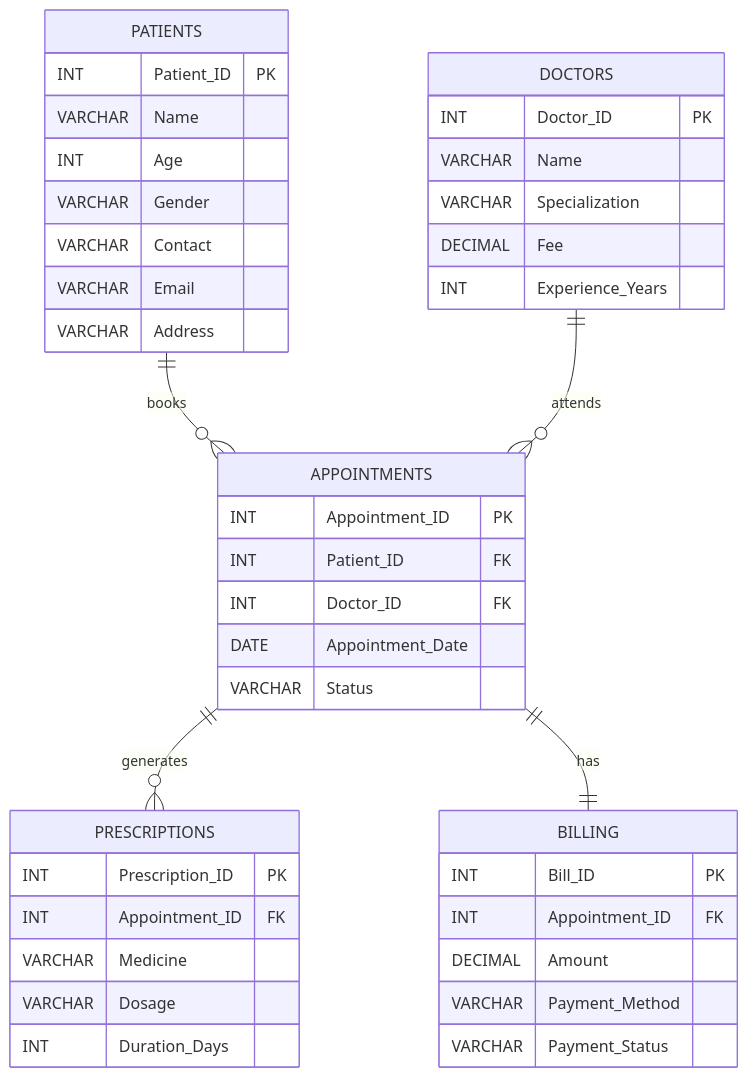
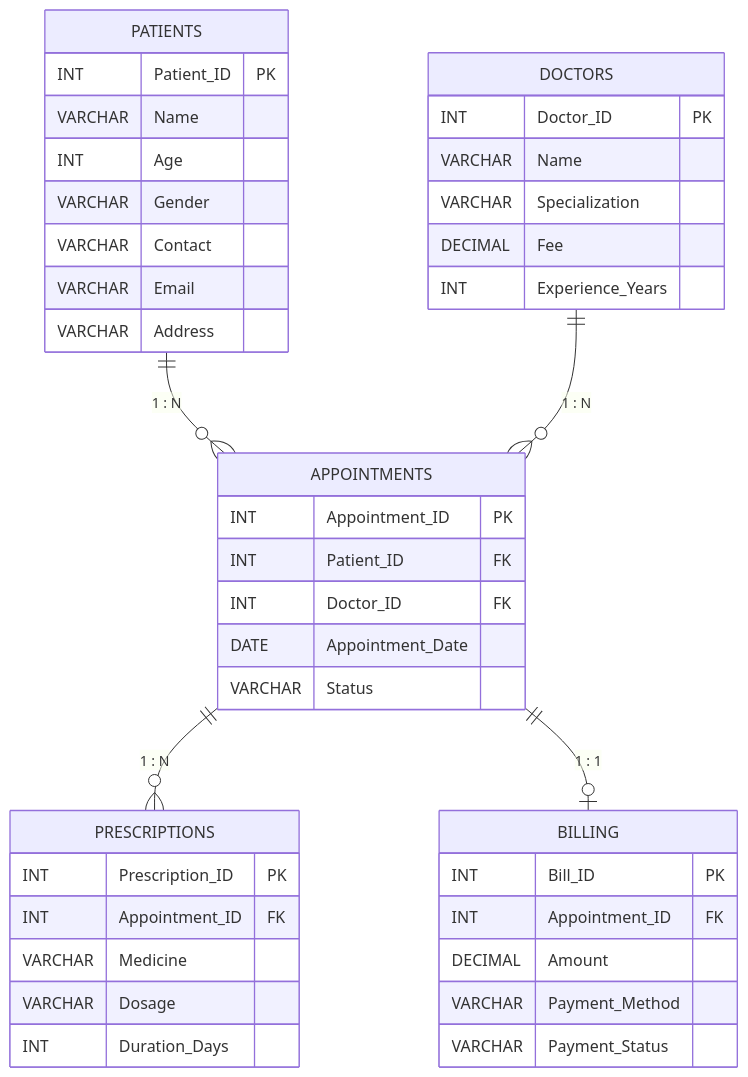
One commit to thefateofophelia6006-bit/MediTrack-Sample-project changed the diagram in README.md. Above: the diagram before and after it, drawn with Mermaid. The commit also changed other lines of this file, not shown here.

Commit message:
Update README.md
This is a brief description of the project

````diff
--- a/README.md
+++ b/README.md
@@ -17,49 +17,50 @@
 ```mermaid
 erDiagram
-    PATIENTS ||--o{ APPOINTMENTS : books
-    DOCTORS ||--o{ APPOINTMENTS : attends
-    APPOINTMENTS ||--o{ PRESCRIPTIONS : generates
-    APPOINTMENTS ||--|| BILLING : has
+
+    PATIENTS ||--o{ APPOINTMENTS : "1 : N"
+    DOCTORS ||--o{ APPOINTMENTS : "1 : N"
+    APPOINTMENTS ||--o{ PRESCRIPTIONS : "1 : N"
+    APPOINTMENTS ||--o| BILLING : "1 : 1"
 
     PATIENTS {
         INT Patient_ID PK
         VARCHAR Name
         INT Age
         VARCHAR Gender
         VARCHAR Contact
         VARCHAR Email
         VARCHAR Address
     }
 
     DOCTORS {
         INT Doctor_ID PK
         VARCHAR Name
         VARCHAR Specialization
         DECIMAL Fee
         INT Experience_Years
     }
 
     APPOINTMENTS {
         INT Appointment_ID PK
         INT Patient_ID FK
         INT Doctor_ID FK
         DATE Appointment_Date
         VARCHAR Status
     }
 
     PRESCRIPTIONS {
         INT Prescription_ID PK
         INT Appointment_ID FK
         VARCHAR Medicine
         VARCHAR Dosage
         INT Duration_Days
     }
 
     BILLING {
         INT Bill_ID PK
         INT Appointment_ID FK
         DECIMAL Amount
         VARCHAR Payment_Method
         VARCHAR Payment_Status
     }
 ```
````
